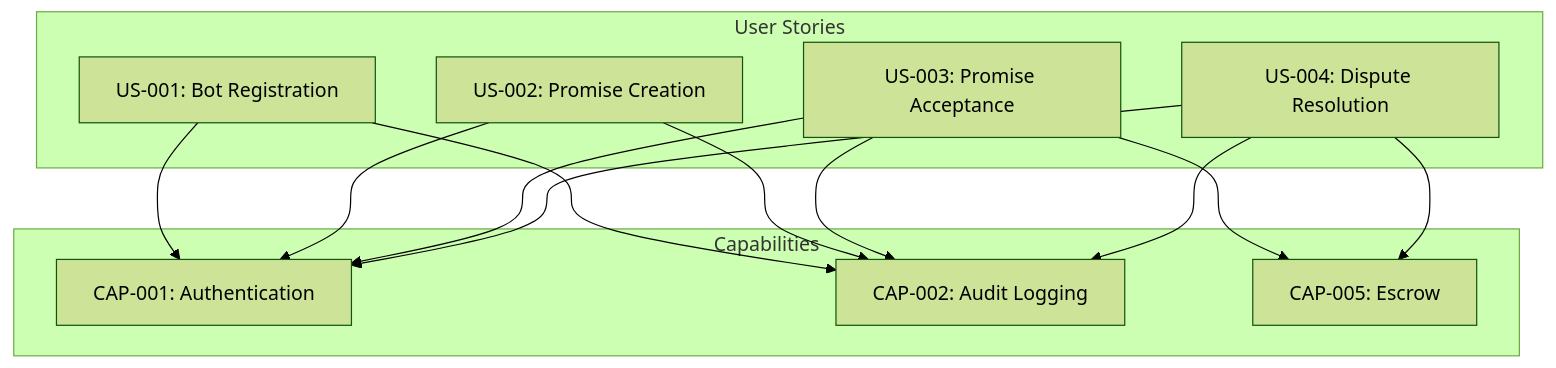
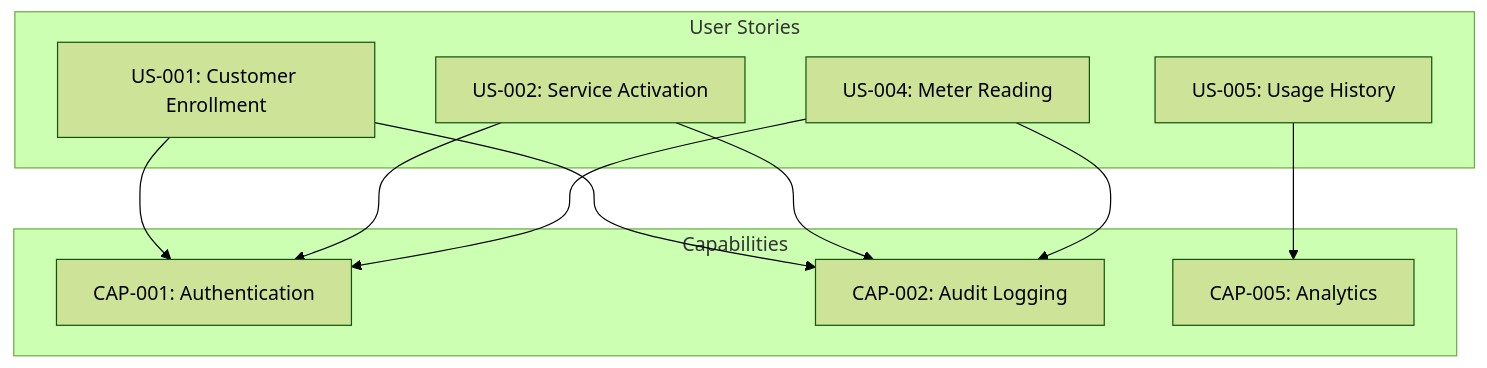
One commit to esimplicityinc/water-demo changed the first of 2 diagrams in docs/user-stories/index.md. Above: the diagram before and after it, drawn with Mermaid (forest theme). The commit also changed other lines of this file and 12 other files, not shown here.

````diff
--- a/docs/user-stories/index.md
+++ b/docs/user-stories/index.md
@@ -25,26 +25,23 @@
 ```mermaid
 graph TB
     subgraph "User Stories"
-        US1[US-001: Bot Registration]
-        US2[US-002: Promise Creation]
-        US3[US-003: Promise Acceptance]
-        US4[US-004: Dispute Resolution]
+        US1[US-001: Customer Enrollment]
+        US2[US-002: Service Activation]
+        US3[US-004: Meter Reading]
+        US4[US-005: Usage History]
     end
     
     subgraph "Capabilities"
         C1[CAP-001: Authentication]
         C2[CAP-002: Audit Logging]
-        C3[CAP-005: Escrow]
+        C3[CAP-005: Analytics]
     end
     
     US1 --> C1
     US1 --> C2
     US2 --> C1
     US2 --> C2
     US3 --> C1
     US3 --> C2
-    US3 --> C3
-    US4 --> C1
-    US4 --> C2
     US4 --> C3
 ```
````
